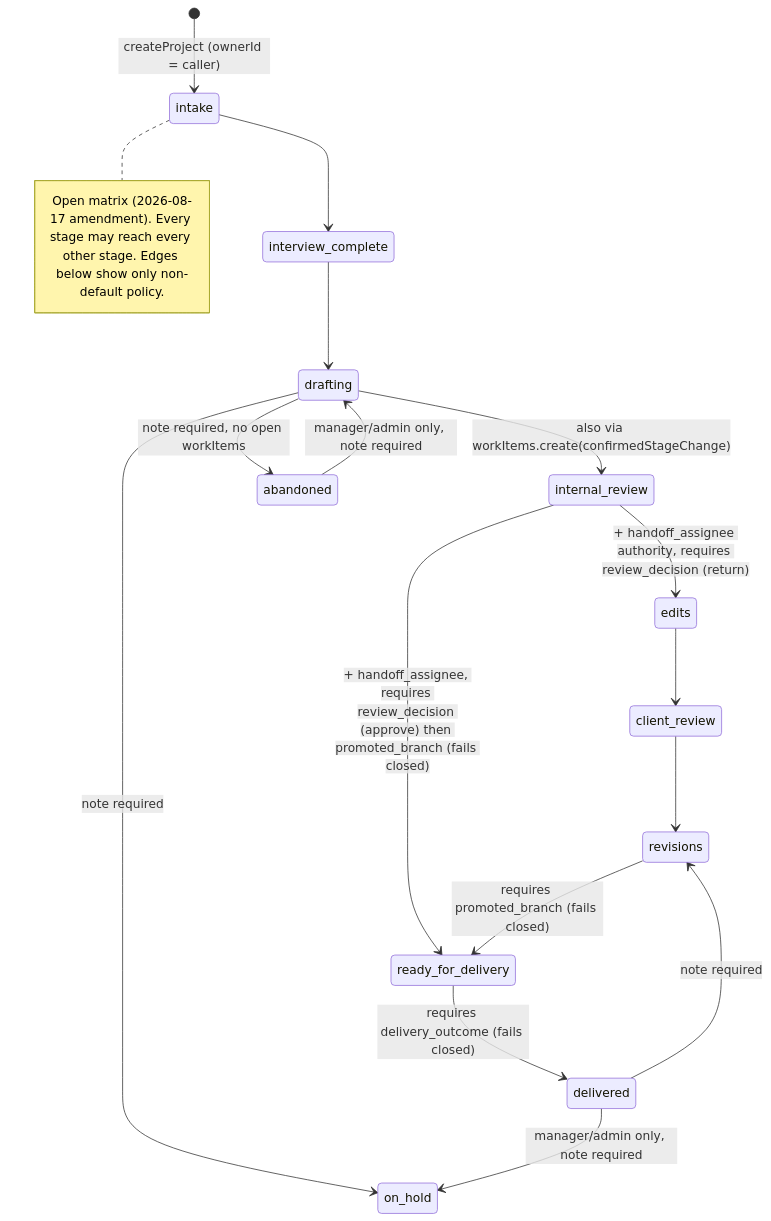
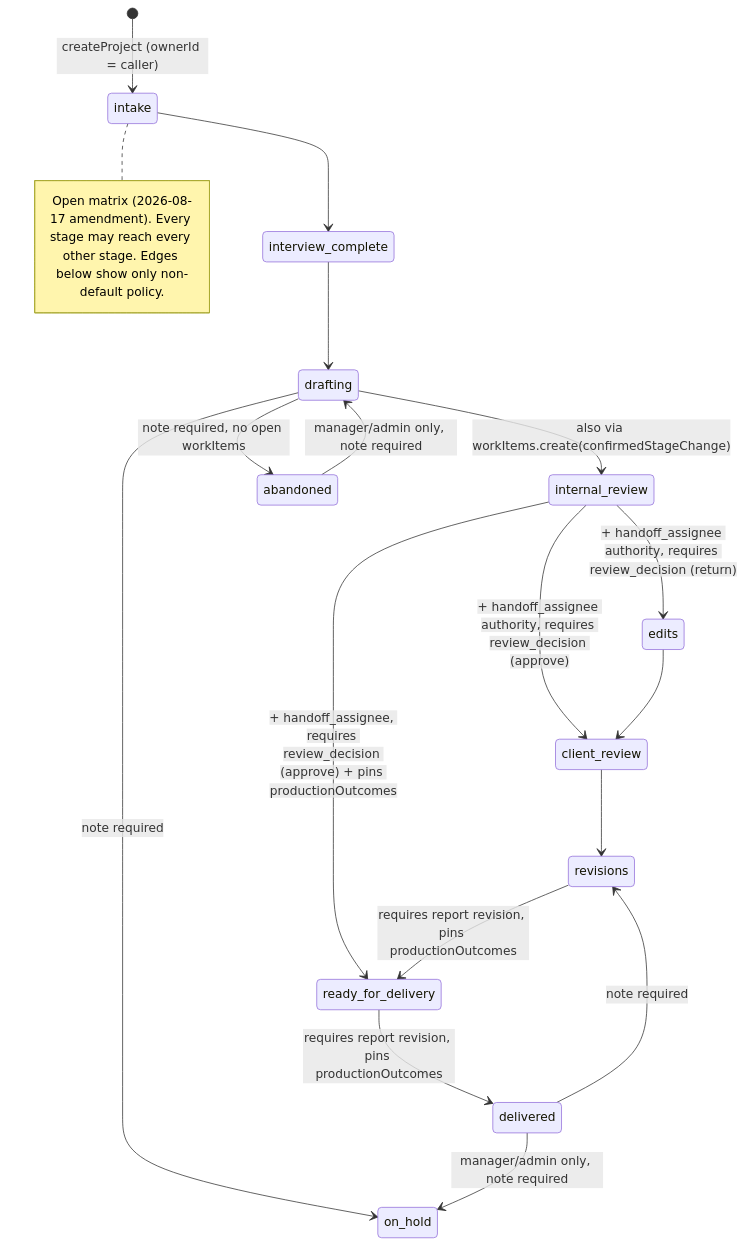
One commit to Choquer-agency/Banhall changed the fourth of 11 diagrams in docs/system-map.md. Above: the diagram before and after it, drawn with Mermaid. The commit also changed other lines of this file and 50 other files, not shown here.

````diff
--- a/docs/system-map.md
+++ b/docs/system-map.md
@@ -123,19 +123,20 @@
 ```mermaid
 stateDiagram-v2
   [*] --> intake : createProject (ownerId = caller)
   note right of intake : Open matrix (2026-08-17 amendment). Every stage may reach every other stage. Edges below show only non-default policy.
   intake --> interview_complete
   interview_complete --> drafting
   drafting --> internal_review : also via workItems.create(confirmedStageChange)
   internal_review --> edits : + handoff_assignee authority, requires review_decision (return)
-  internal_review --> ready_for_delivery : + handoff_assignee, requires review_decision (approve) then promoted_branch (fails closed)
+  internal_review --> client_review : + handoff_assignee authority, requires review_decision (approve)
+  internal_review --> ready_for_delivery : + handoff_assignee, requires review_decision (approve) + pins productionOutcomes
   edits --> client_review
   client_review --> revisions
-  revisions --> ready_for_delivery : requires promoted_branch (fails closed)
-  ready_for_delivery --> delivered : requires delivery_outcome (fails closed)
+  revisions --> ready_for_delivery : requires report revision, pins productionOutcomes
+  ready_for_delivery --> delivered : requires report revision, pins productionOutcomes
   drafting --> on_hold : note required
   drafting --> abandoned : note required, no open workItems
   delivered --> on_hold : manager/admin only, note required
   abandoned --> drafting : manager/admin only, note required
   delivered --> revisions : note required
 ```
````
